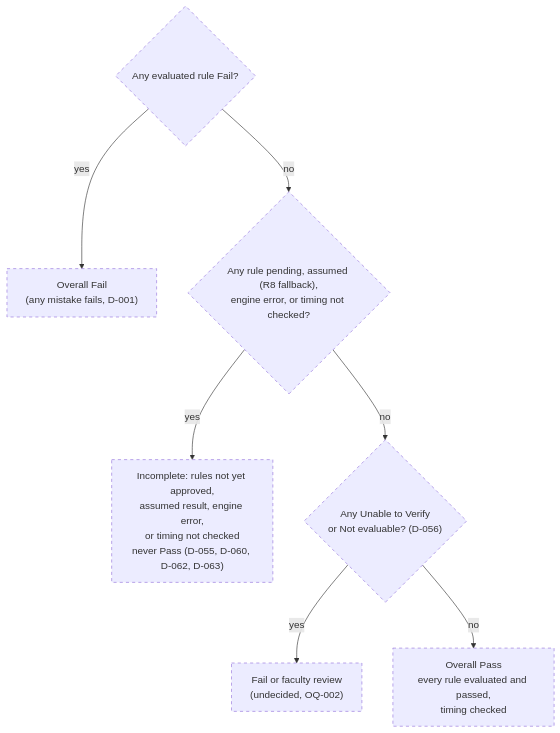
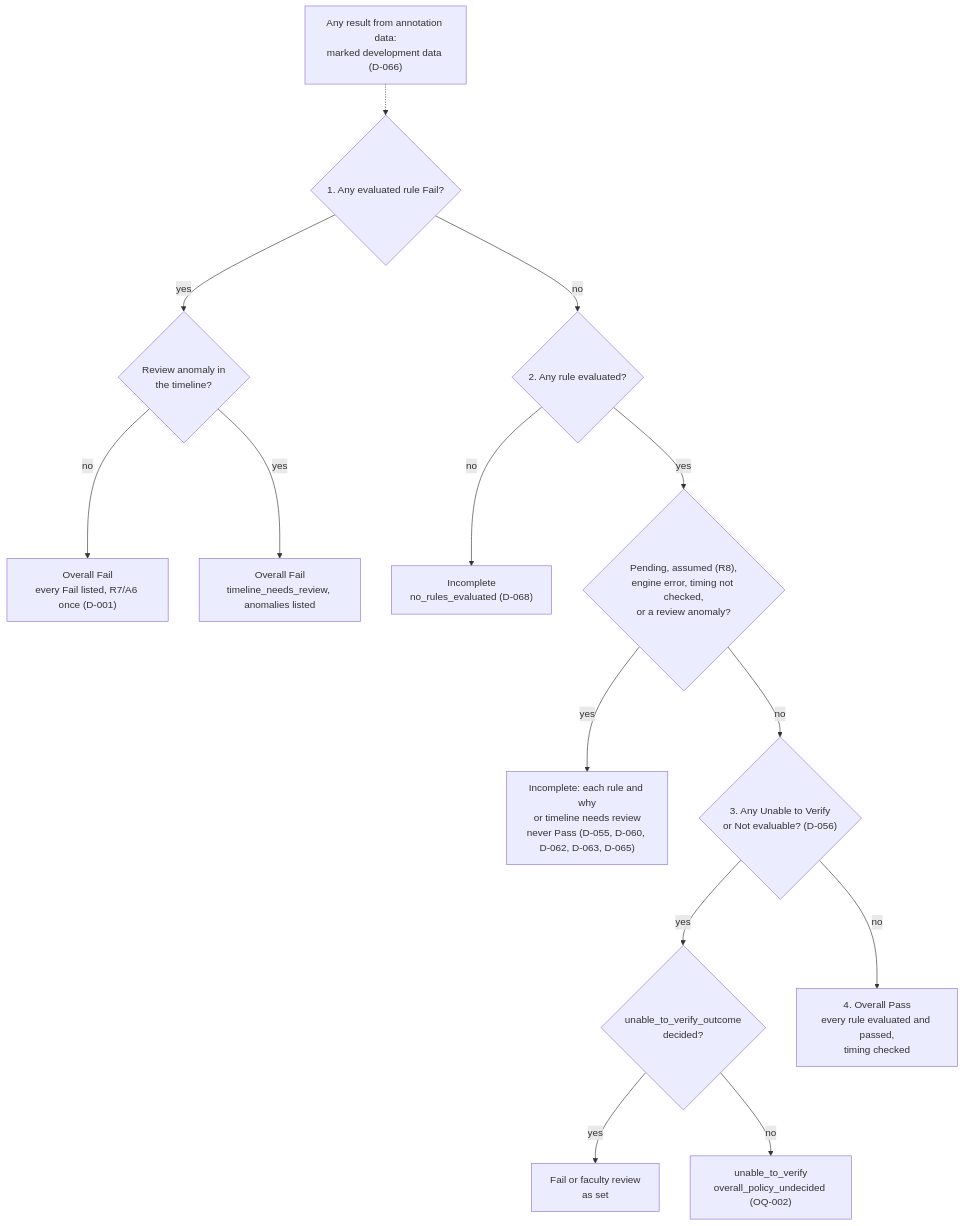
One commit to ananthu65/defibrillator_research changed the eighth of 8 diagrams in docs/rule_engine/diagrams.md. Above: the diagram before and after it, drawn with Mermaid. The commit also changed other lines of this file and 17 other files, not shown here.

First line of the commit message:
feat(rules): add overall result policy (Increment 8)

````diff
--- a/docs/rule_engine/diagrams.md
+++ b/docs/rule_engine/diagrams.md
@@ -163,11 +163,16 @@
 ```mermaid
 flowchart TD
-    A{"Any evaluated rule Fail?"} -->|yes| F["Overall Fail<br/>(any mistake fails, D-001)"]
-    A -->|no| PD{"Any rule pending, assumed (R8 fallback),<br/>engine error, or timing not checked?"}
-    PD -->|yes| INC["Incomplete: rules not yet approved,<br/>assumed result, engine error,<br/>or timing not checked<br/>never Pass (D-055, D-060, D-062, D-063)"]
-    PD -->|no| B{"Any Unable to Verify<br/>or Not evaluable? (D-056)"}
-    B -->|yes| U["Fail or faculty review<br/>(undecided, OQ-002)"]
-    B -->|no| P["Overall Pass<br/>every rule evaluated and passed,<br/>timing checked"]
-    classDef planned stroke-dasharray: 5 5
-    class A,PD,INC,B,F,U,P planned
+    A{"1. Any evaluated rule Fail?"} -->|yes| AN{"Review anomaly in<br/>the timeline?"}
+    AN -->|no| F["Overall Fail<br/>every Fail listed, R7/A6 once (D-001)"]
+    AN -->|yes| FR["Overall Fail<br/>timeline_needs_review, anomalies listed"]
+    A -->|no| N0{"2. Any rule evaluated?"}
+    N0 -->|no| INC0["Incomplete<br/>no_rules_evaluated (D-068)"]
+    N0 -->|yes| PD{"Pending, assumed (R8),<br/>engine error, timing not checked,<br/>or a review anomaly?"}
+    PD -->|yes| INC["Incomplete: each rule and why<br/>or timeline needs review<br/>never Pass (D-055, D-060, D-062, D-063, D-065)"]
+    PD -->|no| B{"3. Any Unable to Verify<br/>or Not evaluable? (D-056)"}
+    B -->|yes| U{"unable_to_verify_outcome<br/>decided?"}
+    U -->|yes| UD["Fail or faculty review<br/>as set"]
+    U -->|no| UU["unable_to_verify<br/>overall_policy_undecided (OQ-002)"]
+    B -->|no| P["4. Overall Pass<br/>every rule evaluated and passed,<br/>timing checked"]
+    DEV["Any result from annotation data:<br/>marked development data (D-066)"] -.-> A
 ```
````
